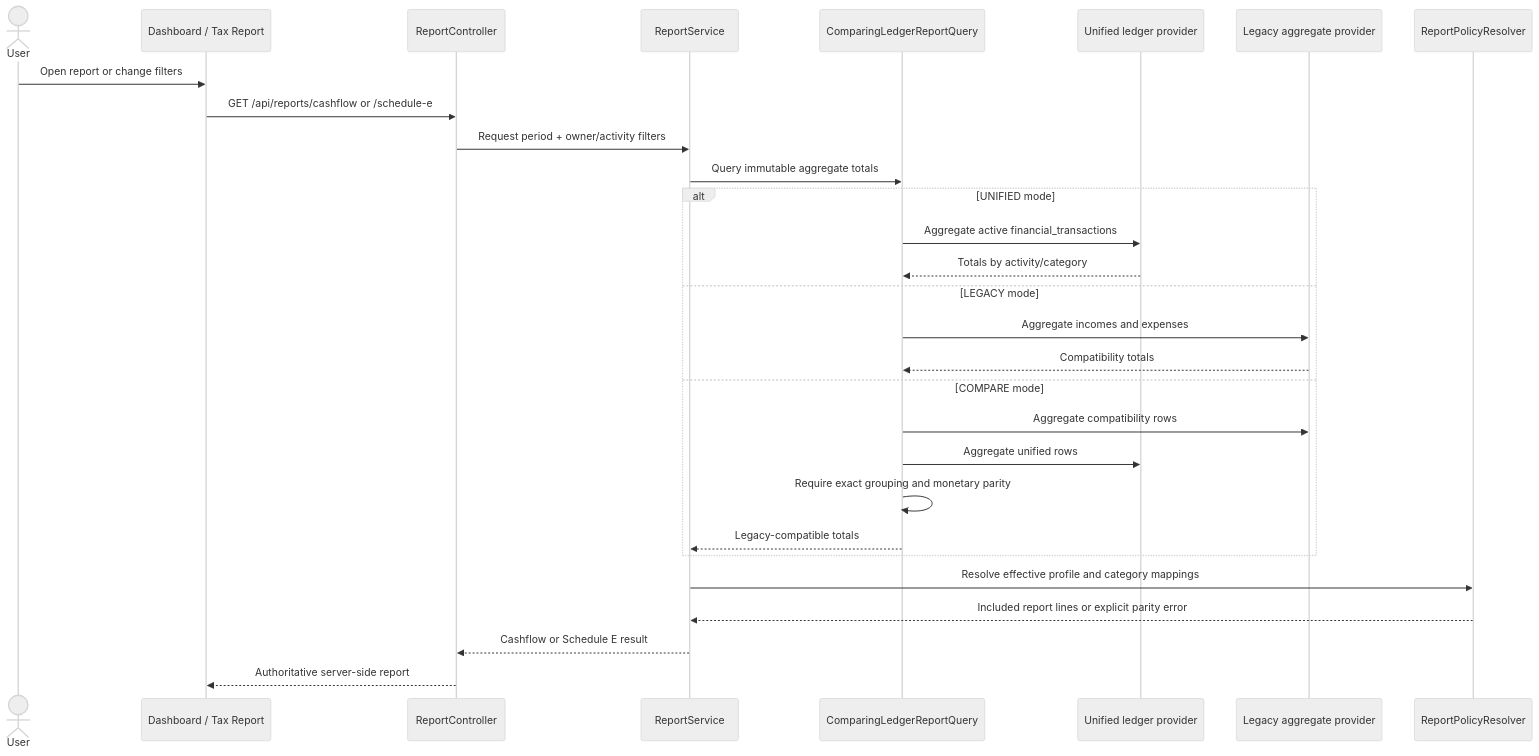
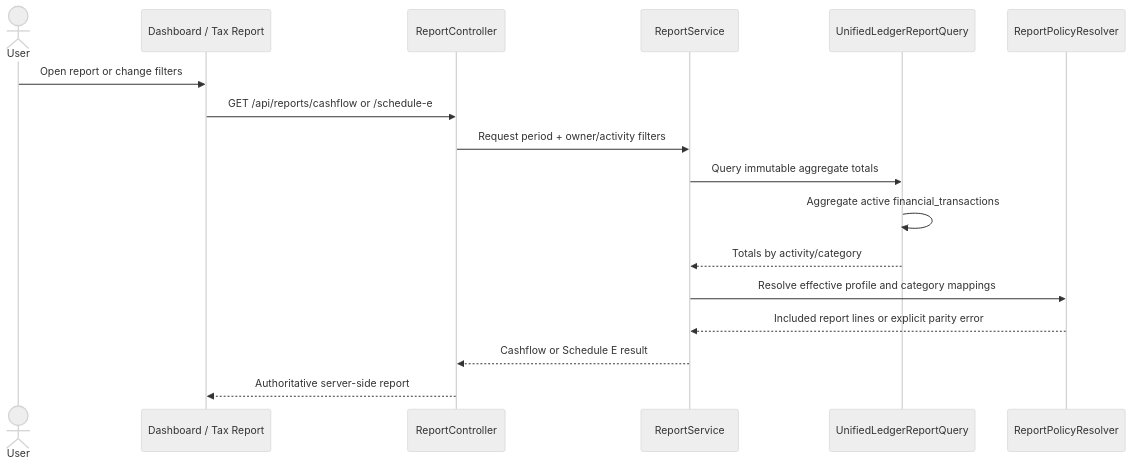
The sixth of 7 diagrams in diagrams/sequence-diagrams.md (jinloes/bookie), drawn with Mermaid (neutral theme) before and after one commit. The commit also changed other lines of this file and 621 other files, not shown here.

First line of the commit message:
Retire legacy flows and adopt Spring Modulith

````diff
--- a/diagrams/sequence-diagrams.md
+++ b/diagrams/sequence-diagrams.md
@@ -198,32 +238,20 @@
 ```mermaid
 sequenceDiagram
   actor User
   participant UI as Dashboard / Tax Report
   participant API as ReportController
   participant Service as ReportService
-  participant Selector as ComparingLedgerReportQuery
-  participant Unified as Unified ledger provider
-  participant Legacy as Legacy aggregate provider
+  participant Query as UnifiedLedgerReportQuery
   participant Policy as ReportPolicyResolver
 
   User->>UI: Open report or change filters
   UI->>API: GET /api/reports/cashflow or /schedule-e
   API->>Service: Request period + owner/activity filters
-  Service->>Selector: Query immutable aggregate totals
-  alt UNIFIED mode
-    Selector->>Unified: Aggregate active financial_transactions
-    Unified-->>Selector: Totals by activity/category
-  else LEGACY mode
-    Selector->>Legacy: Aggregate incomes and expenses
-    Legacy-->>Selector: Compatibility totals
-  else COMPARE mode
-    Selector->>Legacy: Aggregate compatibility rows
-    Selector->>Unified: Aggregate unified rows
-    Selector->>Selector: Require exact grouping and monetary parity
-    Selector-->>Service: Legacy-compatible totals
-  end
+  Service->>Query: Query immutable aggregate totals
+  Query->>Query: Aggregate active financial_transactions
+  Query-->>Service: Totals by activity/category
   Service->>Policy: Resolve effective profile and category mappings
   Policy-->>Service: Included report lines or explicit parity error
   Service-->>API: Cashflow or Schedule E result
   API-->>UI: Authoritative server-side report
 ```
````
